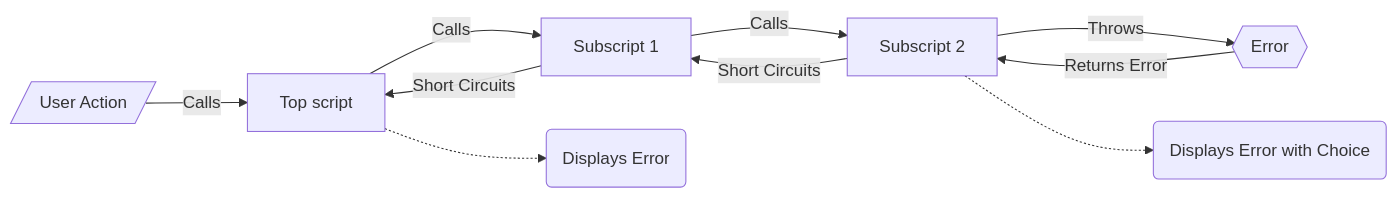
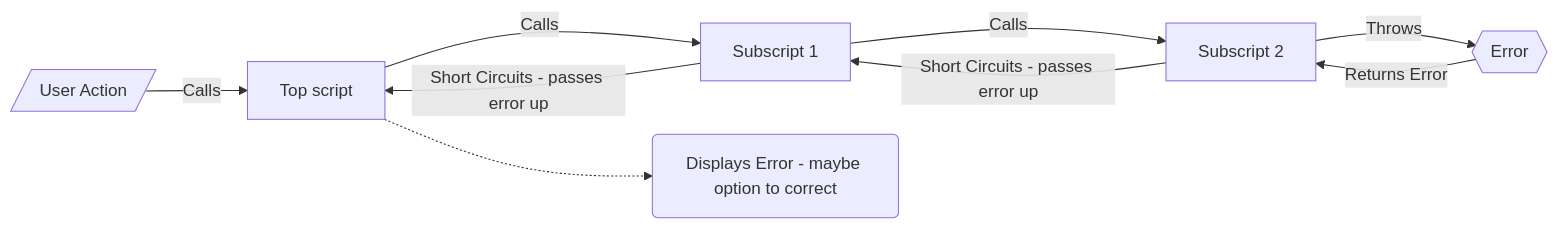
The second of 2 diagrams in Error_Trapping_Returning.md (CloudChi/FX-Framework), drawn with Mermaid before and after one commit. The commit also changed 10 other files, not shown here.

````diff
--- a/Error_Trapping_Returning.md
+++ b/Error_Trapping_Returning.md
@@ -30,12 +30,11 @@
 ```mermaid
 graph LR
     A[/User Action/] -- Calls --> B[Top script] 
     B -- Calls --> C[Subscript 1] 
     C -- Calls --> D[Subscript 2] 
     D -- Throws --> E{{Error}}
     E -- Returns Error --> D
-    D -- Short Circuits --> C
-    C -- Short Circuits --> B
-    B -.-> H(Displays Error)
-    D -.-> G(Displays Error with Choice)
+    D -- Short Circuits - passes error up --> C
+    C -- Short Circuits - passes error up --> B
+    B -.-> H(Displays Error - maybe option to correct)
 ```
````
